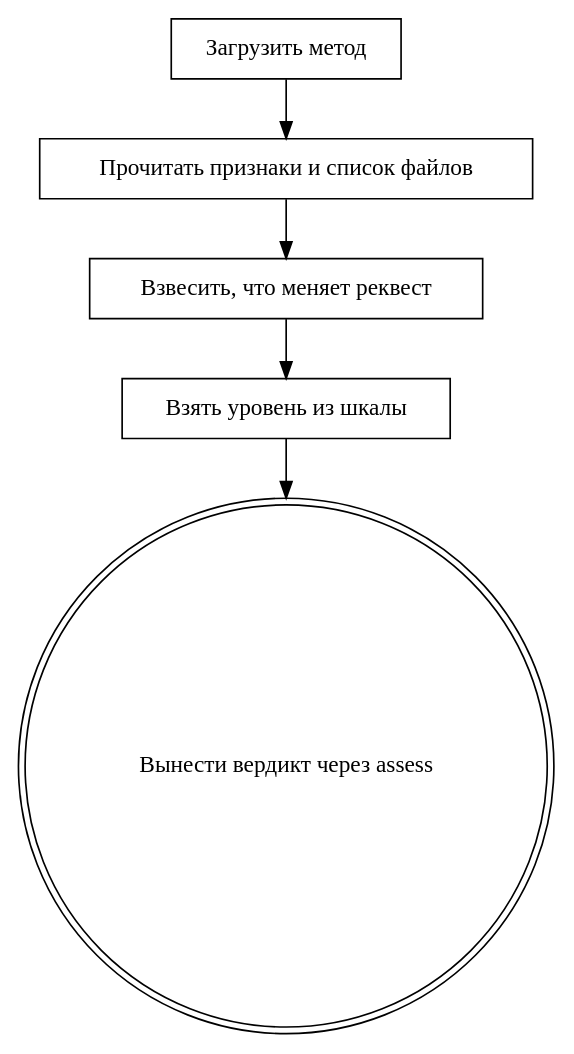
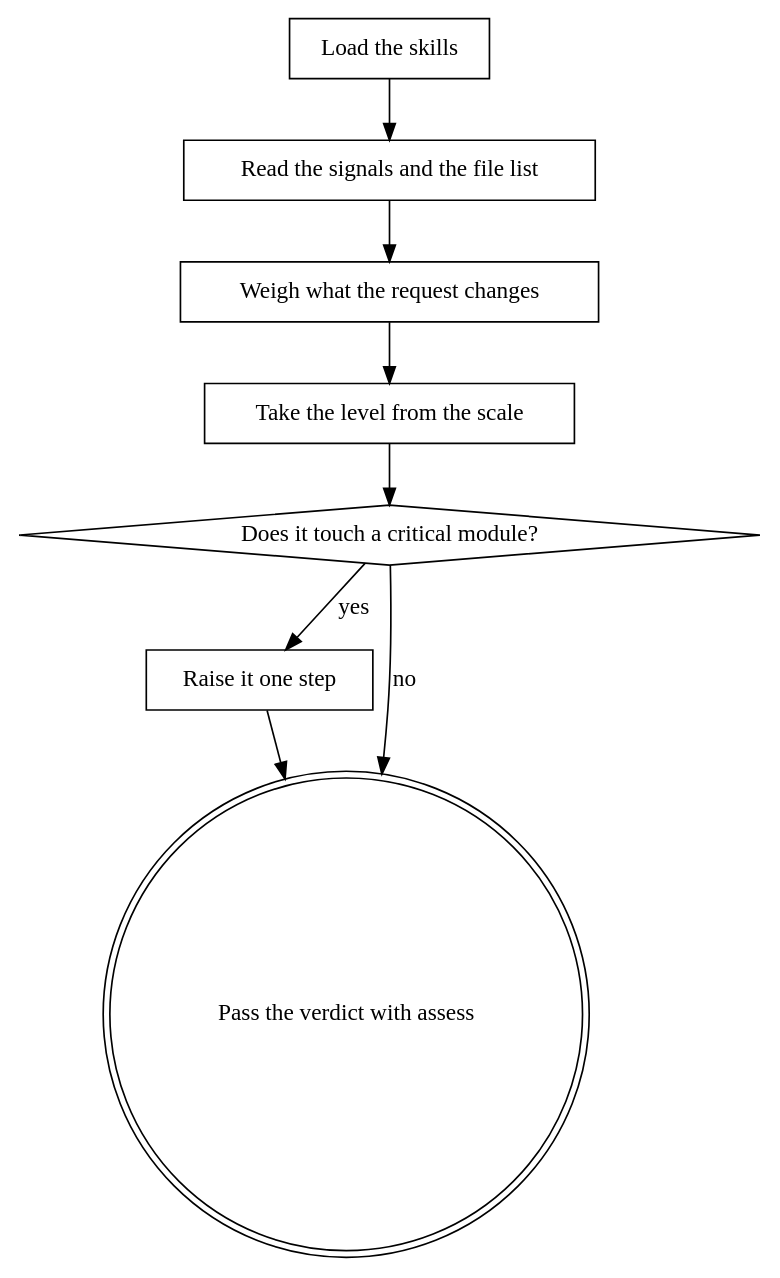
One commit to hakastein/llamer changed the diagram in src/stages/templates/assess.md. Above: the diagram before and after it, drawn with Graphviz. The commit also changed other lines of this file and 44 other files, not shown here.

````diff
--- a/src/stages/templates/assess.md
+++ b/src/stages/templates/assess.md
@@ -40,13 +46,18 @@
 ```dot
 digraph assess {
-    "Загрузить метод" [shape=box];
-    "Прочитать признаки и список файлов" [shape=box];
-    "Взвесить, что меняет реквест" [shape=box];
-    "Взять уровень из шкалы" [shape=box];
-    "Вынести вердикт через assess" [shape=doublecircle];
-    "Загрузить метод" -> "Прочитать признаки и список файлов";
-    "Прочитать признаки и список файлов" -> "Взвесить, что меняет реквест";
-    "Взвесить, что меняет реквест" -> "Взять уровень из шкалы";
-    "Взять уровень из шкалы" -> "Вынести вердикт через assess";
+    "Load the skills" [shape=box];
+    "Read the signals and the file list" [shape=box];
+    "Weigh what the request changes" [shape=box];
+    "Take the level from the scale" [shape=box];
+    "Does it touch a critical module?" [shape=diamond];
+    "Raise it one step" [shape=box];
+    "Pass the verdict with assess" [shape=doublecircle];
+    "Load the skills" -> "Read the signals and the file list";
+    "Read the signals and the file list" -> "Weigh what the request changes";
+    "Weigh what the request changes" -> "Take the level from the scale";
+    "Take the level from the scale" -> "Does it touch a critical module?";
+    "Does it touch a critical module?" -> "Raise it one step" [label="yes"];
+    "Does it touch a critical module?" -> "Pass the verdict with assess" [label="no"];
+    "Raise it one step" -> "Pass the verdict with assess";
 }
 ```
````
